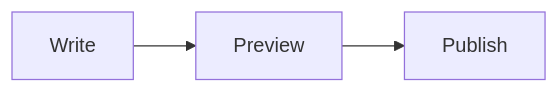
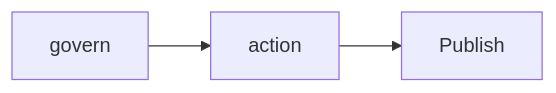
Before and after one commit to RaketMats/LabX: the first of 7 diagrams in Capabilities_ArchitecturalPattern.md, drawn with Mermaid. The commit also changed other lines of this file, not shown here.

````diff
--- a/Capabilities_ArchitecturalPattern.md
+++ b/Capabilities_ArchitecturalPattern.md
@@ -37,4 +12,4 @@
 ```mermaid
 flowchart LR
-    A[Write] --> B[Preview] --> C[Publish]
+    Context[govern] --> UseCase[action] --> Capability[Publish]
 ```
````
